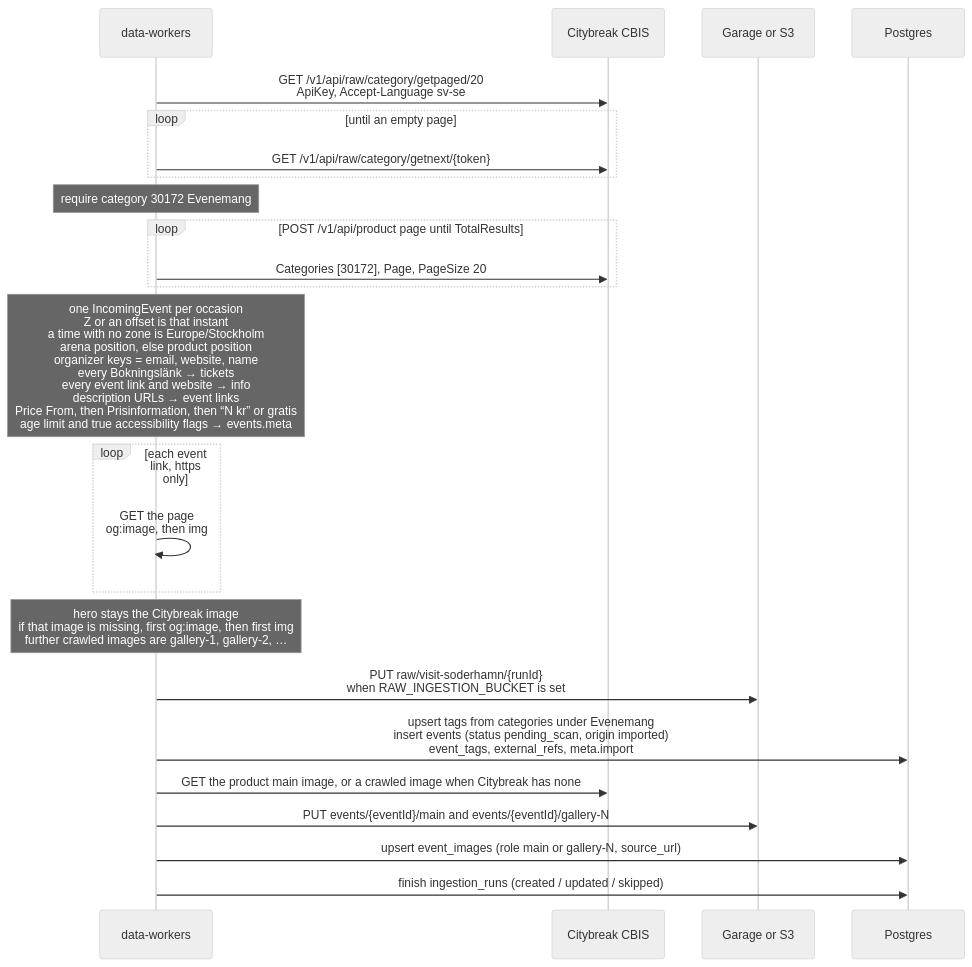
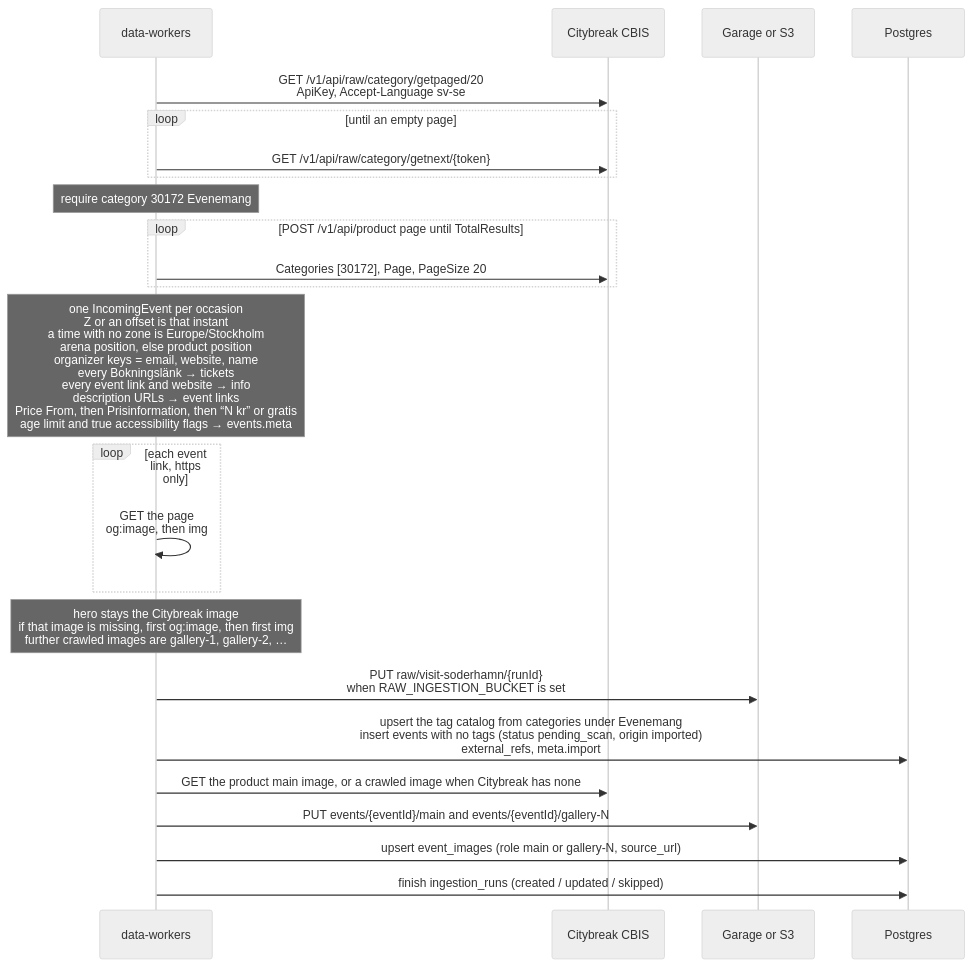
The diagram in docs/flows/visit-soderhamn.md (BradleySmallbottoms/evently), drawn with Mermaid (neutral theme) before and after one commit. The commit also changed 18 other files, not shown here.

````diff
--- a/docs/flows/visit-soderhamn.md
+++ b/docs/flows/visit-soderhamn.md
@@ -21,27 +21,27 @@
 ```mermaid
 sequenceDiagram
   participant Runner as data-workers
   participant CBIS as Citybreak CBIS
   participant Store as Garage or S3
   participant DB as Postgres
 
   Runner->>CBIS: GET /v1/api/raw/category/getpaged/20<br/>ApiKey, Accept-Language sv-se
   loop until an empty page
     Runner->>CBIS: GET /v1/api/raw/category/getnext/{token}
   end
   Note over Runner: require category 30172 Evenemang
   loop POST /v1/api/product page until TotalResults
     Runner->>CBIS: Categories [30172], Page, PageSize 20
   end
   Note over Runner: one IncomingEvent per occasion<br/>Z or an offset is that instant<br/>a time with no zone is Europe/Stockholm<br/>arena position, else product position<br/>organizer keys = email, website, name<br/>every Bokningslänk → tickets<br/>every event link and website → info<br/>description URLs → event links<br/>Price From, then Prisinformation, then “N kr” or gratis<br/>age limit and true accessibility flags → events.meta
   loop each event link, https only
     Runner->>Runner: GET the page<br/>og:image, then img
   end
   Note over Runner: hero stays the Citybreak image<br/>if that image is missing, first og:image, then first img<br/>further crawled images are gallery-1, gallery-2, …
   Runner->>Store: PUT raw/visit-soderhamn/{runId}<br/>when RAW_INGESTION_BUCKET is set
-  Runner->>DB: upsert tags from categories under Evenemang<br/>insert events (status pending_scan, origin imported)<br/>event_tags, external_refs, meta.import
+  Runner->>DB: upsert the tag catalog from categories under Evenemang<br/>insert events with no tags (status pending_scan, origin imported)<br/>external_refs, meta.import
   Runner->>CBIS: GET the product main image, or a crawled image when Citybreak has none
   Runner->>Store: PUT events/{eventId}/main and events/{eventId}/gallery-N
   Runner->>DB: upsert event_images (role main or gallery-N, source_url)
   Runner->>DB: finish ingestion_runs (created / updated / skipped)
 ```
````
